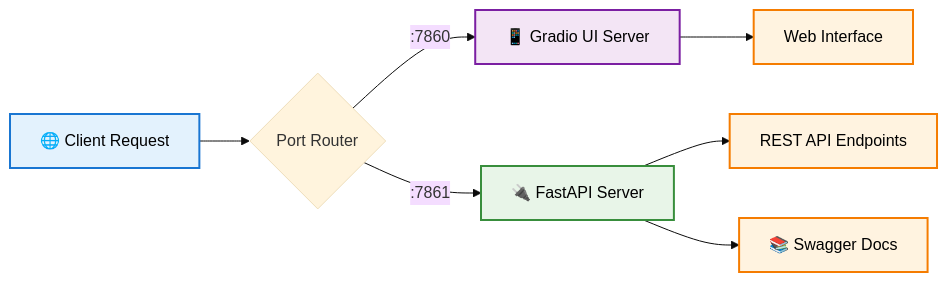
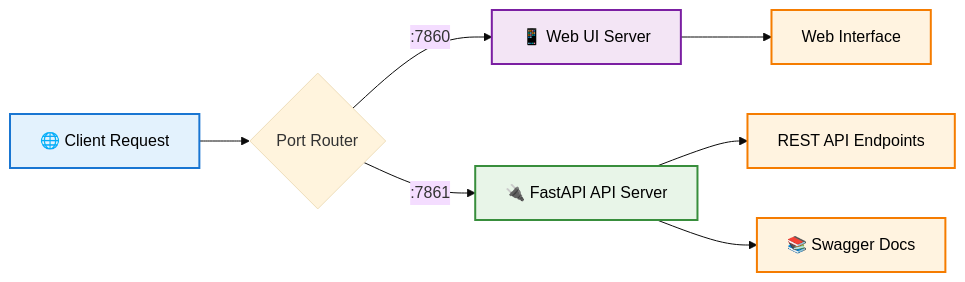
Before and after one commit to MakerCorn/ai-prompt-manager: diagram 13 of 13 in README.md, drawn with Mermaid (base theme). The commit also changed other lines of this file and 4 other files, not shown here.

````diff
--- a/README.md
+++ b/README.md
@@ -1492,17 +1480,17 @@
 ```mermaid
 graph LR
     A[🌐 Client Request] --> B{Port Router}
-    B -->|:7860| C[📱 Gradio UI Server]
-    B -->|:7861| D[🔌 FastAPI Server]
+    B -->|:7860| C[📱 Web UI Server]
+    B -->|:7861| D[🔌 FastAPI API Server]
     
     C --> E[Web Interface]
     D --> F[REST API Endpoints]
     D --> G[📚 Swagger Docs]
     
     style A fill:#e3f2fd,stroke:#1976d2,stroke-width:2px,color:#000
     style C fill:#f3e5f5,stroke:#7b1fa2,stroke-width:2px,color:#000
     style D fill:#e8f5e8,stroke:#388e3c,stroke-width:2px,color:#000
     style E fill:#fff3e0,stroke:#f57c00,stroke-width:2px,color:#000
     style F fill:#fff3e0,stroke:#f57c00,stroke-width:2px,color:#000
     style G fill:#fff3e0,stroke:#f57c00,stroke-width:2px,color:#000
 ```
````
